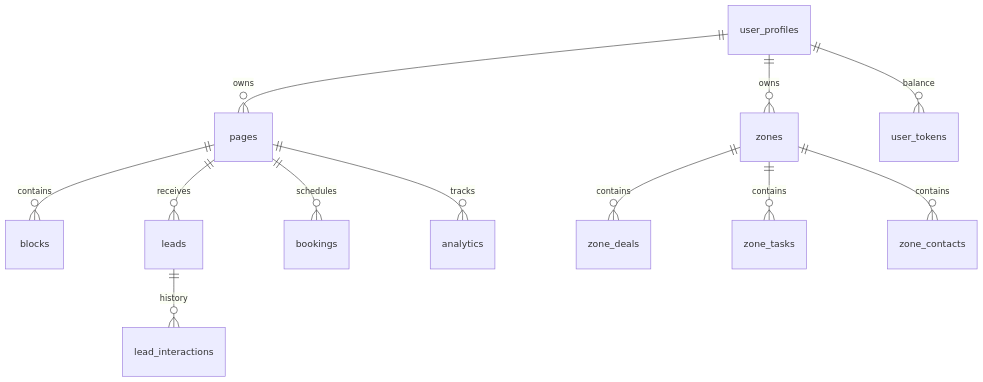
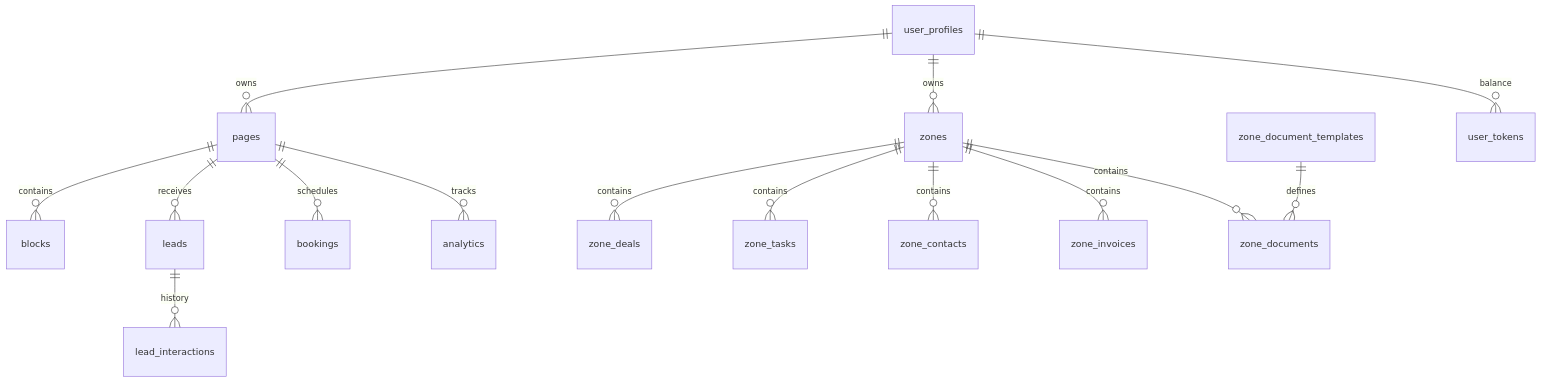
The diagram in docs/architecture/COMPREHENSIVE_PLATFORM_GUIDE.md (ElazAzel/linkmax-6b20d835), drawn with Mermaid before and after one commit. The commit also changed other lines of this file and 10 other files, not shown here.

Commit message:
docs: Add initial comprehensive documentation for product vision, features, database schema, and various platform guides.

````diff
--- a/docs/architecture/COMPREHENSIVE_PLATFORM_GUIDE.md
+++ b/docs/architecture/COMPREHENSIVE_PLATFORM_GUIDE.md
@@ -80,14 +80,17 @@
 ```mermaid
 erDiagram
     user_profiles ||--o{ pages : owns
     pages ||--o{ blocks : contains
     pages ||--o{ leads : receives
     pages ||--o{ bookings : schedules
     pages ||--o{ analytics : tracks
     user_profiles ||--o{ zones : owns
     zones ||--o{ zone_deals : contains
     zones ||--o{ zone_tasks : contains
     zones ||--o{ zone_contacts : contains
+    zones ||--o{ zone_invoices : contains
+    zones ||--o{ zone_documents : contains
+    zone_document_templates ||--o{ zone_documents : defines
     user_profiles ||--o{ user_tokens : balance
     leads ||--o{ lead_interactions : history
 ```
````
